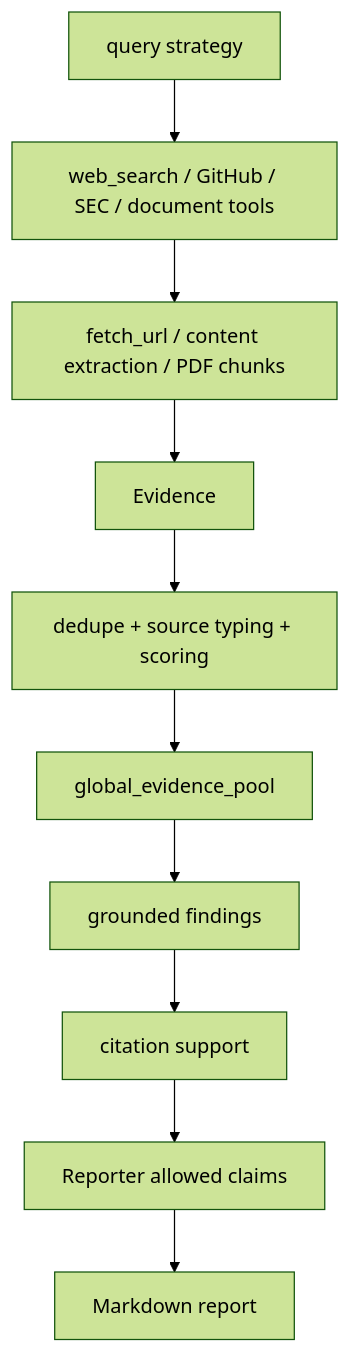
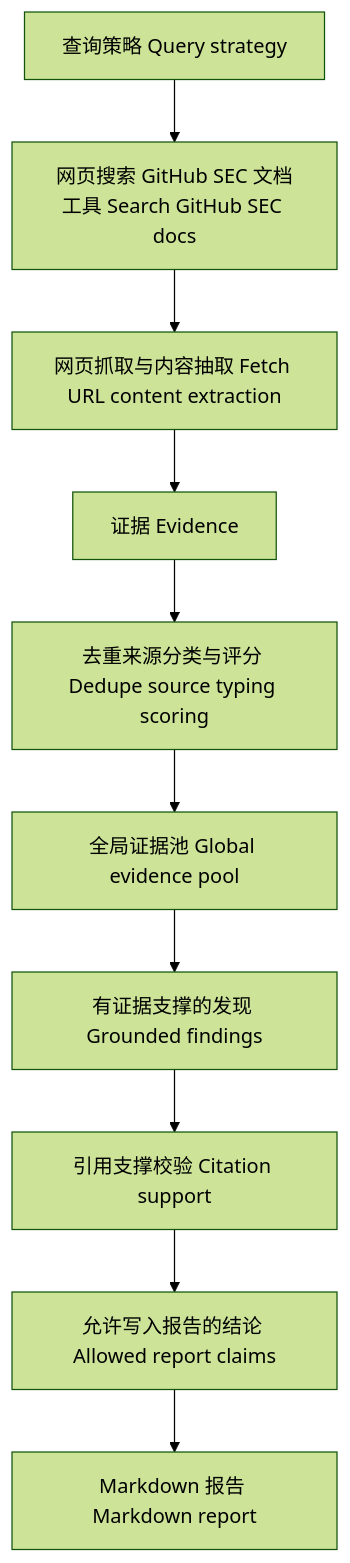
Before and after one commit to Caser-86/InsightGraph: the third of 3 diagrams in README.md, drawn with Mermaid (forest theme). The commit also changed other lines of this file, not shown here.

Commit message:
docs: add bilingual README flowcharts

````diff
--- a/README.md
+++ b/README.md
@@ -121,12 +121,12 @@
 ```mermaid
 flowchart TB
-    Q[query strategy] --> S[web_search / GitHub / SEC / document tools]
-    S --> F[fetch_url / content extraction / PDF chunks]
-    F --> E[Evidence]
-    E --> D[dedupe + source typing + scoring]
-    D --> P[global_evidence_pool]
-    P --> A[grounded findings]
-    A --> C[citation support]
-    C --> R[Reporter allowed claims]
-    R --> O[Markdown report]
+    Q["查询策略 Query strategy"] --> S["网页搜索 GitHub SEC 文档工具 Search GitHub SEC docs"]
+    S --> F["网页抓取与内容抽取 Fetch URL content extraction"]
+    F --> E["证据 Evidence"]
+    E --> D["去重来源分类与评分 Dedupe source typing scoring"]
+    D --> P["全局证据池 Global evidence pool"]
+    P --> A["有证据支撑的发现 Grounded findings"]
+    A --> C["引用支撑校验 Citation support"]
+    C --> R["允许写入报告的结论 Allowed report claims"]
+    R --> O["Markdown 报告 Markdown report"]
 ```
````
